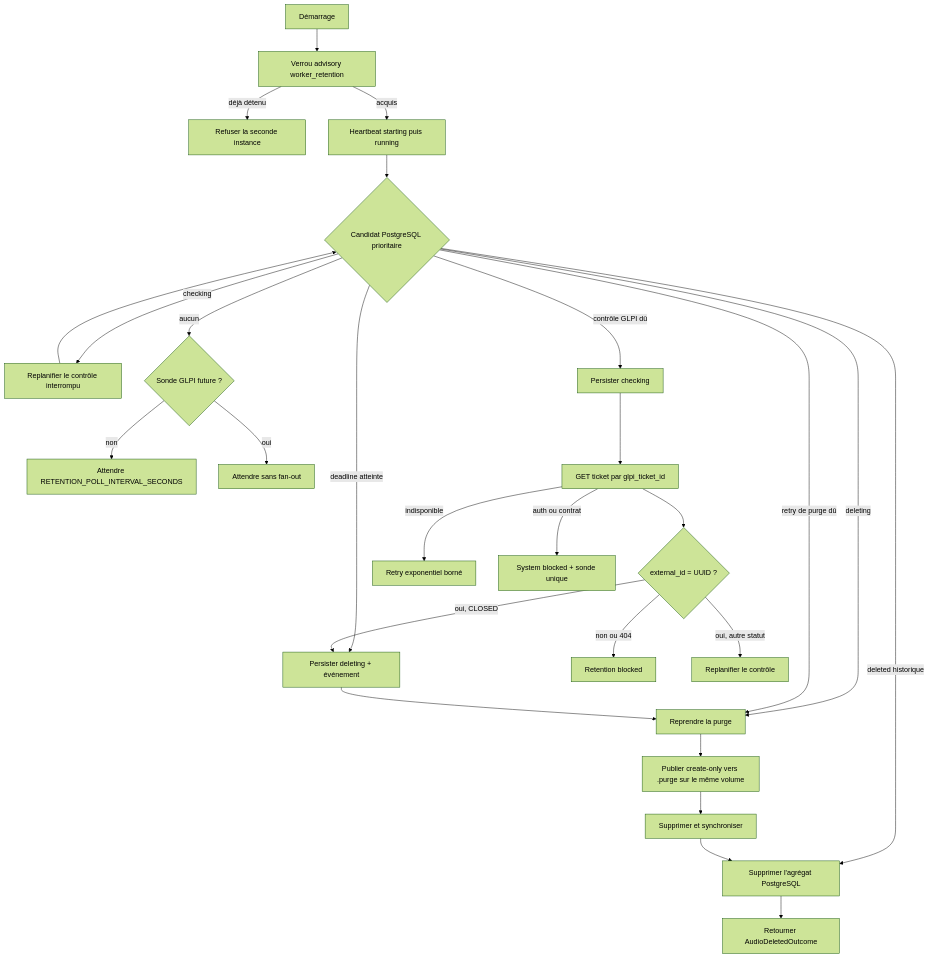
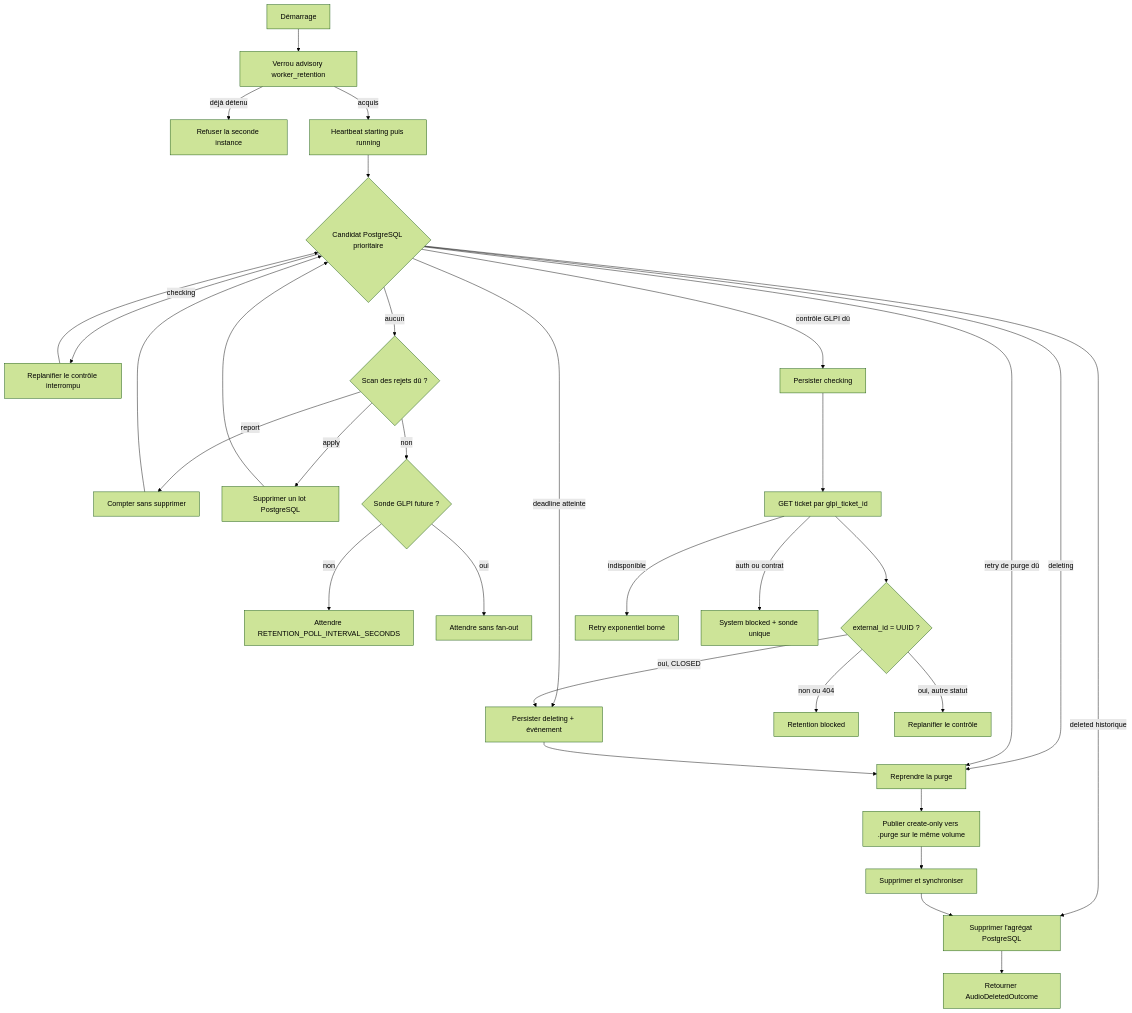
One commit to dev-vauclaire/mevo2glpi changed the diagram in apps/worker-retention/README.md. Above: the diagram before and after it, drawn with Mermaid (forest theme). The commit also changed other lines of this file and 64 other files, not shown here.

Commit message:
feat(retention): expose and purge rejected ingestions

````diff
--- a/apps/worker-retention/README.md
+++ b/apps/worker-retention/README.md
@@ -53,32 +57,37 @@
 ```mermaid
 flowchart TD
     Start[Démarrage] --> Lock[Verrou advisory worker_retention]
     Lock -->|déjà détenu| Refuse[Refuser la seconde instance]
     Lock -->|acquis| Heartbeat[Heartbeat starting puis running]
     Heartbeat --> Select{Candidat PostgreSQL prioritaire}
 
     Select -->|deleting| Purge[Reprendre la purge]
     Select -->|deleted historique| DatabasePurge[Supprimer l'agrégat PostgreSQL]
     Select -->|checking| Recover[Replanifier le contrôle interrompu]
     Select -->|deadline atteinte| Intent[Persister deleting + événement]
     Select -->|retry de purge dû| Purge
     Select -->|contrôle GLPI dû| Check[Persister checking]
-    Select -->|aucun| Gate{Sonde GLPI future ?}
+    Select -->|aucun| Rejected{Scan des rejets dû ?}
+    Rejected -->|report| Report[Compter sans supprimer]
+    Rejected -->|apply| RejectedPurge[Supprimer un lot PostgreSQL]
+    Rejected -->|non| Gate{Sonde GLPI future ?}
+    Report --> Select
+    RejectedPurge --> Select
     Gate -->|non| Idle[Attendre RETENTION_POLL_INTERVAL_SECONDS]
     Gate -->|oui| Wait[Attendre sans fan-out]
 
     Recover --> Select
     Check --> Get[GET ticket par glpi_ticket_id]
     Get --> Correlate{external_id = UUID ?}
     Correlate -->|non ou 404| Block[Retention blocked]
     Correlate -->|oui, CLOSED| Intent
     Correlate -->|oui, autre statut| Reschedule[Replanifier le contrôle]
     Get -->|indisponible| Retry[Retry exponentiel borné]
     Get -->|auth ou contrat| Probe[System blocked + sonde unique]
 
     Intent --> Purge
     Purge --> Move[Publier create-only vers .purge sur le même volume]
     Move --> Unlink[Supprimer et synchroniser]
     Unlink --> DatabasePurge
     DatabasePurge --> Done[Retourner AudioDeletedOutcome]
 ```
````
